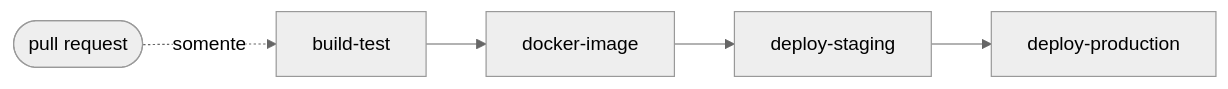
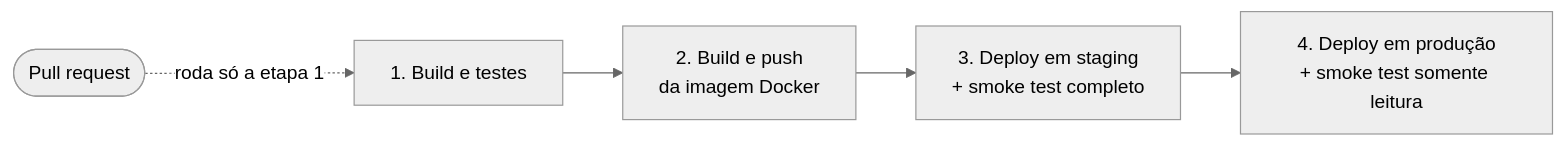
Before and after one commit to mateusbhering/FIAP_Fase6_Desafio_Devops: the second of 2 diagrams in README.md, drawn with Mermaid (neutral theme). The commit also changed other lines of this file and 15 other files, not shown here.

````diff
--- a/README.md
+++ b/README.md
@@ -163,7 +126,5 @@
 ```mermaid
 flowchart LR
-    A[build-test] --> B[docker-image]
-    B --> C[deploy-staging]
-    C --> D[deploy-production]
-    PR([pull request]) -.somente.-> A
+    A["1. Build e testes"] --> B["2. Build e push<br/>da imagem Docker"] --> C["3. Deploy em staging<br/>+ smoke test completo"] --> D["4. Deploy em produção<br/>+ smoke test somente leitura"]
+    PR([Pull request]) -. roda só a etapa 1 .-> A
 ```
````
